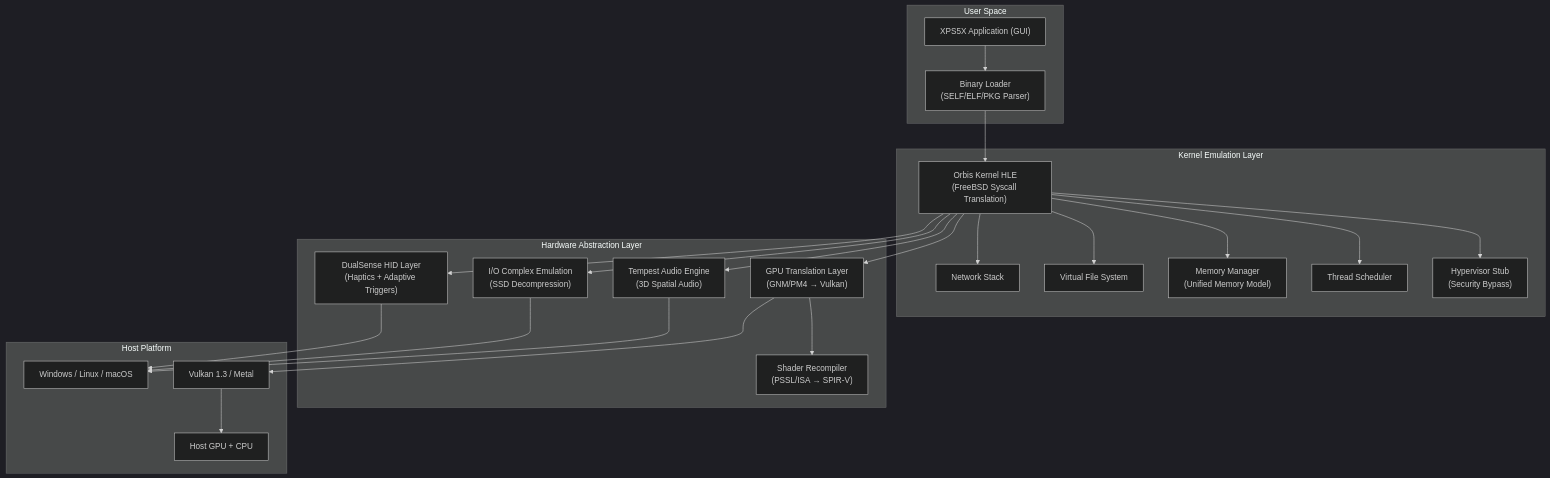
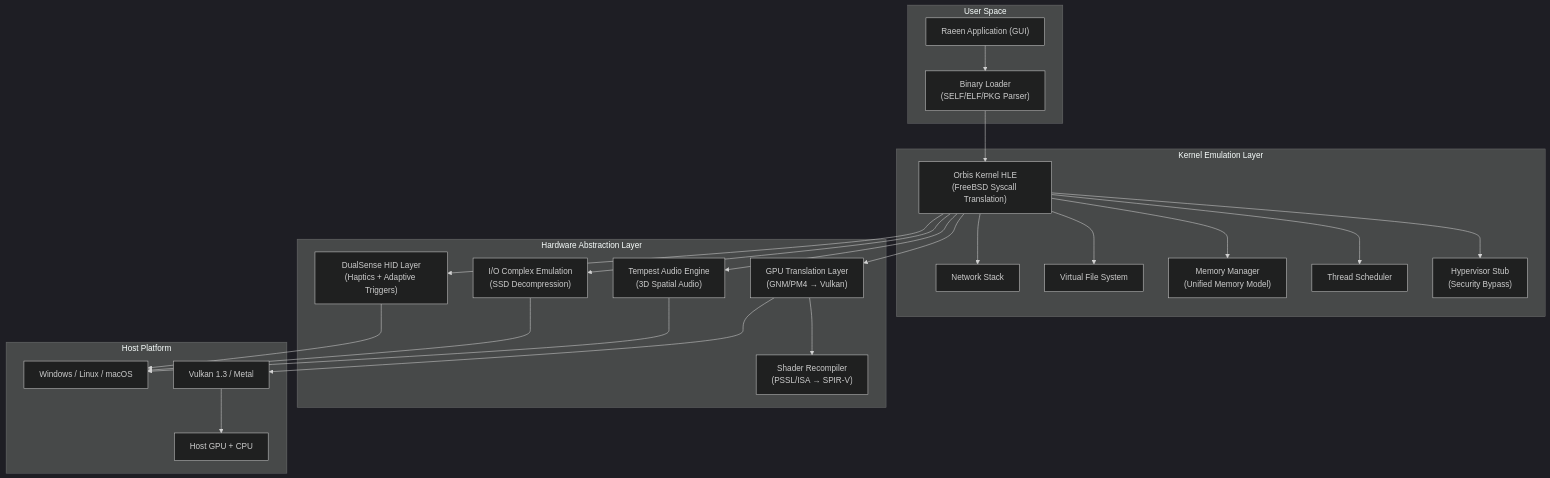
One commit to Whoisraeen/Raeen changed the first of 3 diagrams in implementation_plan.md. Above: the diagram before and after it, drawn with Mermaid (dark theme). The commit also changed other lines of this file and 440 other files, not shown here.

Commit message:
Rename XPS5X to Raeen in installer and related assets; update build scripts and Inno Setup configuration

````diff
--- a/implementation_plan.md
+++ b/implementation_plan.md
@@ -57,48 +57,48 @@
 ```mermaid
 graph TB
     subgraph "User Space"
-        APP["XPS5X Application (GUI)"]
+        APP["Raeen Application (GUI)"]
         LOADER["Binary Loader<br/>(SELF/ELF/PKG Parser)"]
     end
 
     subgraph "Kernel Emulation Layer"
         KERNEL["Orbis Kernel HLE<br/>(FreeBSD Syscall Translation)"]
         HV["Hypervisor Stub<br/>(Security Bypass)"]
         SCHED["Thread Scheduler"]
         MEM["Memory Manager<br/>(Unified Memory Model)"]
         FS["Virtual File System"]
         NET["Network Stack"]
     end
 
     subgraph "Hardware Abstraction Layer"
         GPU_TRANS["GPU Translation Layer<br/>(GNM/PM4 → Vulkan)"]
         SHADER["Shader Recompiler<br/>(PSSL/ISA → SPIR-V)"]
         AUDIO["Tempest Audio Engine<br/>(3D Spatial Audio)"]
         IO["I/O Complex Emulation<br/>(SSD Decompression)"]
         INPUT["DualSense HID Layer<br/>(Haptics + Adaptive Triggers)"]
     end
 
     subgraph "Host Platform"
         VULKAN["Vulkan 1.3 / Metal"]
         HOST_OS["Windows / Linux / macOS"]
         HOST_HW["Host GPU + CPU"]
     end
 
     APP --> LOADER
     LOADER --> KERNEL
     KERNEL --> HV
     KERNEL --> SCHED
     KERNEL --> MEM
     KERNEL --> FS
     KERNEL --> NET
     KERNEL --> GPU_TRANS
     GPU_TRANS --> SHADER
     KERNEL --> AUDIO
     KERNEL --> IO
     KERNEL --> INPUT
     GPU_TRANS --> VULKAN
     AUDIO --> HOST_OS
     IO --> HOST_OS
     INPUT --> HOST_OS
     VULKAN --> HOST_HW
 ```
````
